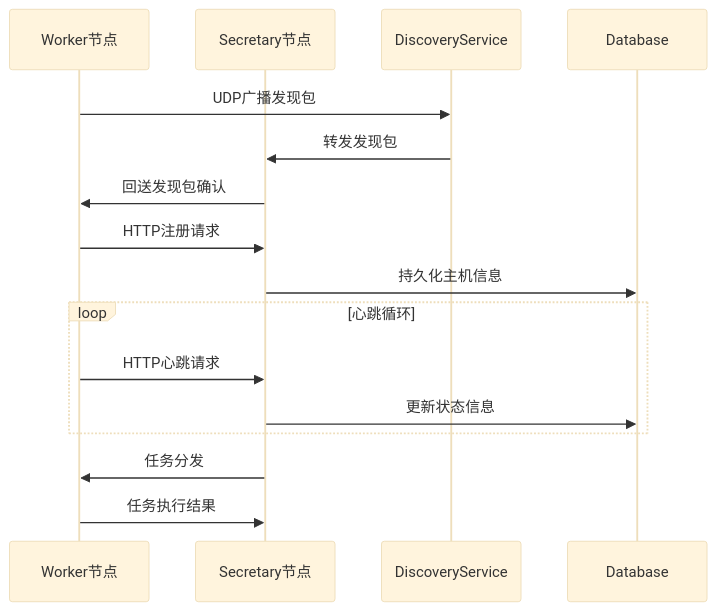
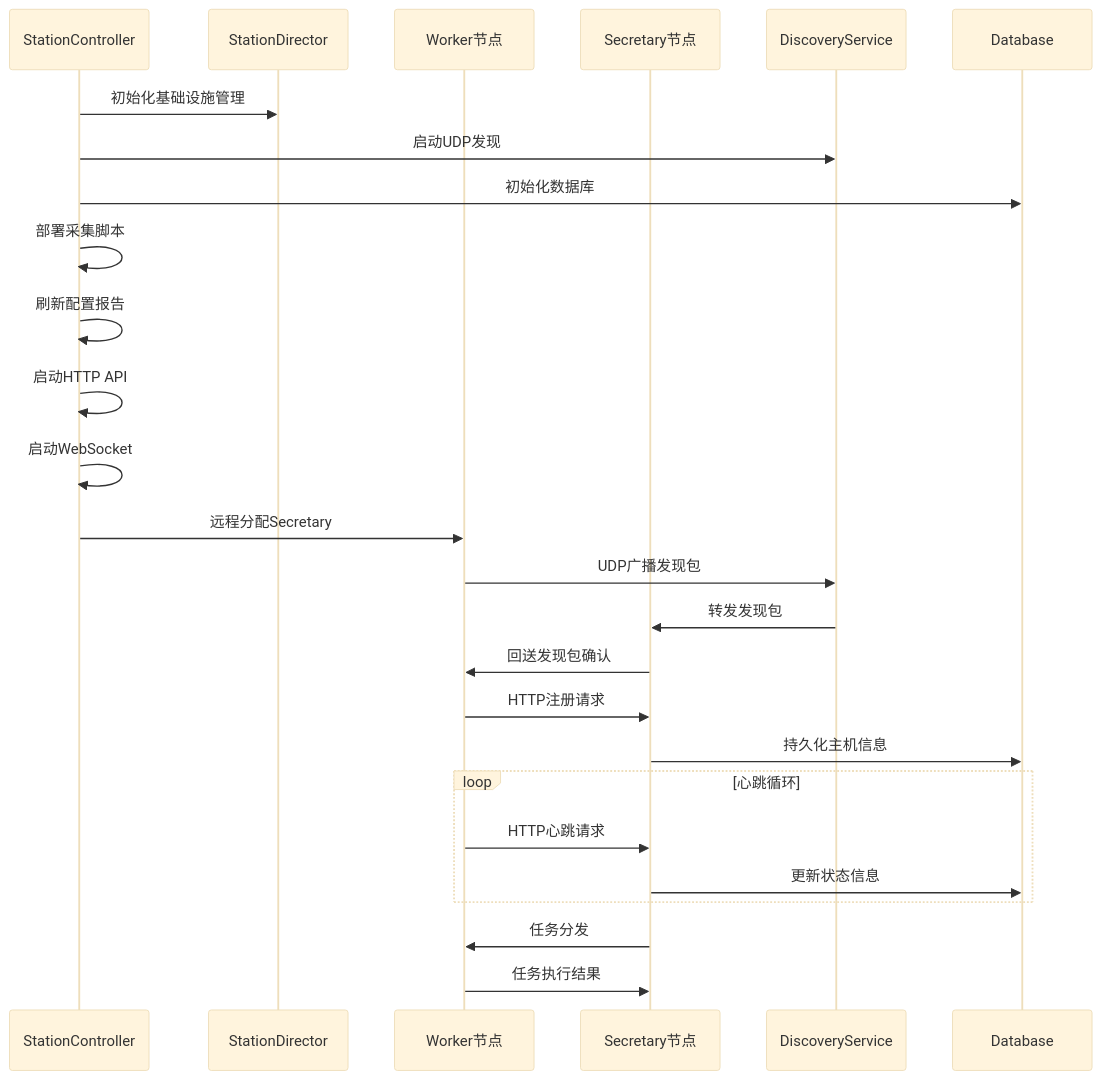
One commit to targalian/Personal-distributed-workstation changed the fourth of 14 diagrams in .qoder/repowiki/zh/content/核心模块/工作站管理模块.md. Above: the diagram before and after it, drawn with Mermaid (base theme). The commit also changed other lines of this file and 69 other files, not shown here.

````diff
--- a/.qoder/repowiki/zh/content/核心模块/工作站管理模块.md
+++ b/.qoder/repowiki/zh/content/核心模块/工作站管理模块.md
@@ -211,18 +281,28 @@
 ```mermaid
 sequenceDiagram
+participant SC as StationController
+participant SD as StationDirector
 participant W as Worker节点
 participant S as Secretary节点
 participant D as DiscoveryService
 participant DB as Database
+SC->>SD : 初始化基础设施管理
+SC->>D : 启动UDP发现
+SC->>DB : 初始化数据库
+SC->>SC : 部署采集脚本
+SC->>SC : 刷新配置报告
+SC->>SC : 启动HTTP API
+SC->>SC : 启动WebSocket
+SC->>W : 远程分配Secretary
 W->>D : UDP广播发现包
 D->>S : 转发发现包
 S->>W : 回送发现包确认
 W->>S : HTTP注册请求
 S->>DB : 持久化主机信息
 loop 心跳循环
 W->>S : HTTP心跳请求
 S->>DB : 更新状态信息
 end
 S->>W : 任务分发
 W->>S : 任务执行结果
 ```
````
